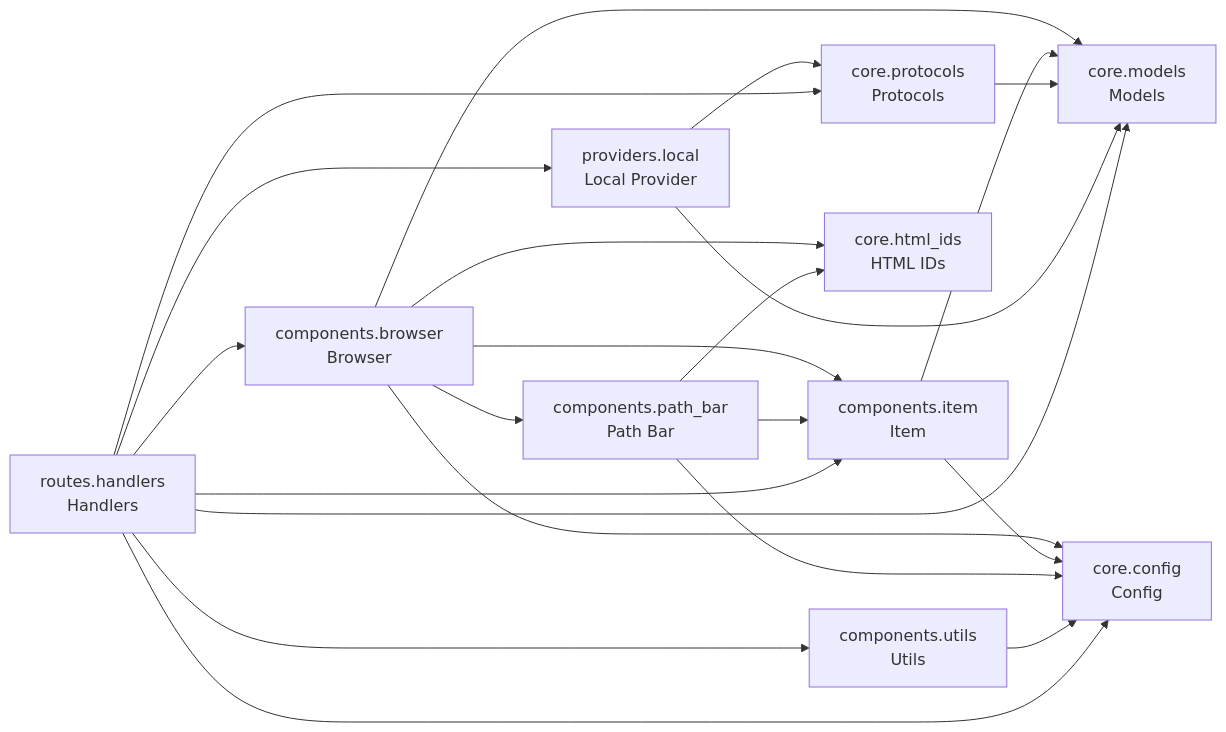
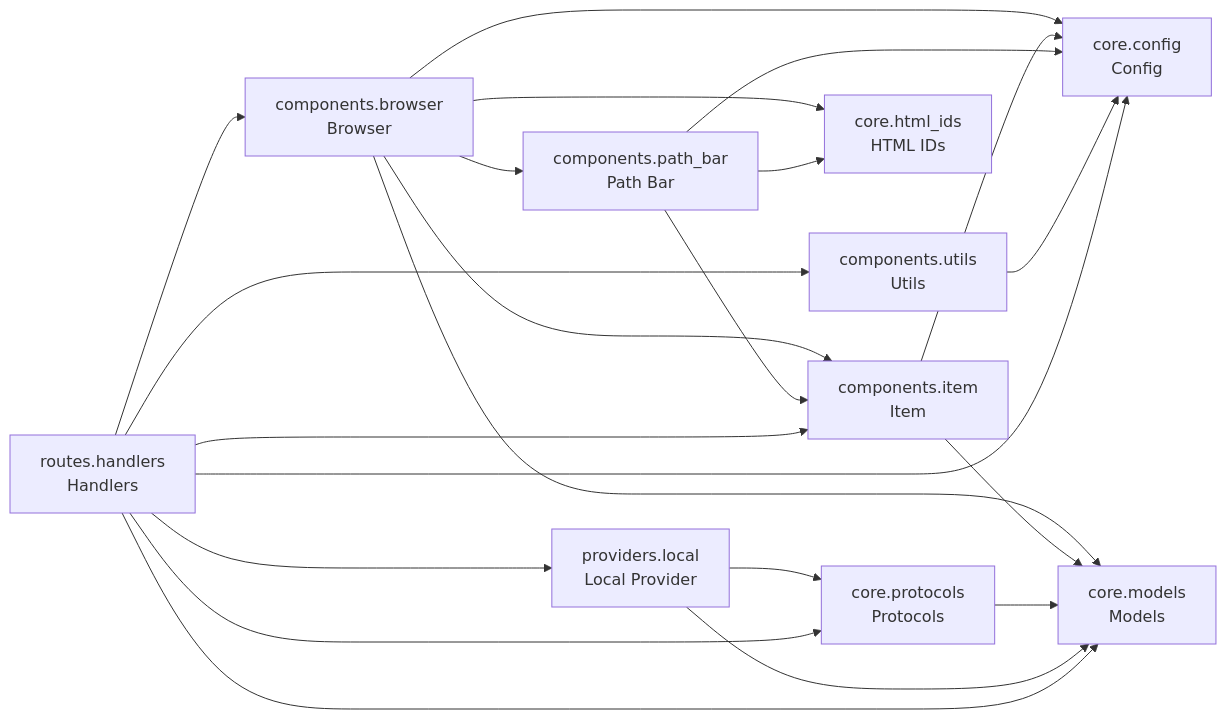
Before and after one commit to cj-mills/cjm-fasthtml-file-browser: the diagram in README.md, drawn with Mermaid. The commit also changed other lines of this file and 8 other files, not shown here.

````diff
--- a/README.md
+++ b/README.md
@@ -34,35 +34,35 @@
 ``` mermaid
 graph LR
     components_browser[components.browser<br/>Browser]
     components_item[components.item<br/>Item]
     components_path_bar[components.path_bar<br/>Path Bar]
     components_utils[components.utils<br/>Utils]
     core_config[core.config<br/>Config]
     core_html_ids[core.html_ids<br/>HTML IDs]
     core_models[core.models<br/>Models]
     core_protocols[core.protocols<br/>Protocols]
     providers_local[providers.local<br/>Local Provider]
     routes_handlers[routes.handlers<br/>Handlers]
 
+    components_browser --> components_path_bar
+    components_browser --> core_config
     components_browser --> core_models
-    components_browser --> components_path_bar
+    components_browser --> core_html_ids
     components_browser --> components_item
-    components_browser --> core_html_ids
-    components_browser --> core_config
     components_item --> core_config
     components_item --> core_models
+    components_path_bar --> core_config
     components_path_bar --> components_item
     components_path_bar --> core_html_ids
-    components_path_bar --> core_config
     components_utils --> core_config
     core_protocols --> core_models
+    providers_local --> core_protocols
     providers_local --> core_models
-    providers_local --> core_protocols
+    routes_handlers --> core_config
+    routes_handlers --> components_utils
+    routes_handlers --> core_protocols
+    routes_handlers --> components_item
+    routes_handlers --> providers_local
     routes_handlers --> components_browser
-    routes_handlers --> core_config
-    routes_handlers --> providers_local
-    routes_handlers --> core_protocols
-    routes_handlers --> components_utils
-    routes_handlers --> components_item
     routes_handlers --> core_models
 ```
````
